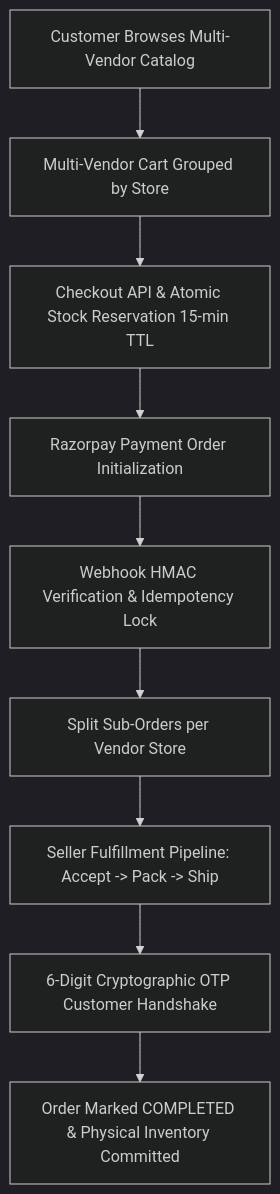
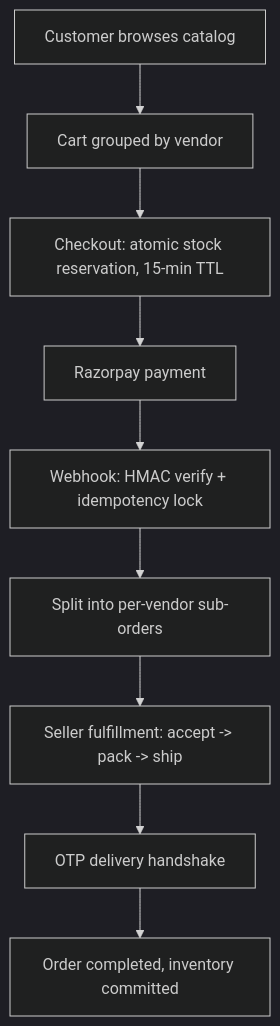
One commit to Omiiii04/IITB-Hackathon changed the diagram in README.md. Above: the diagram before and after it, drawn with Mermaid (dark theme). The commit also changed other lines of this file, not shown here.

````diff
--- a/README.md
+++ b/README.md
@@ -34,11 +41,11 @@
 ```mermaid
 flowchart TD
-    Customer[Customer Browses Multi-Vendor Catalog] --> Cart[Multi-Vendor Cart Grouped by Store]
-    Cart --> Checkout[Checkout API & Atomic Stock Reservation 15-min TTL]
-    Checkout --> Razorpay[Razorpay Payment Order Initialization]
-    Razorpay --> Webhook[Webhook HMAC Verification & Idempotency Lock]
-    Webhook --> SubOrders[Split Sub-Orders per Vendor Store]
-    SubOrders --> Fulfillment[Seller Fulfillment Pipeline: Accept -> Pack -> Ship]
-    Fulfillment --> OTP[6-Digit Cryptographic OTP Customer Handshake]
-    OTP --> Complete[Order Marked COMPLETED & Physical Inventory Committed]
+    A[Customer browses catalog] --> B[Cart grouped by vendor]
+    B --> C[Checkout: atomic stock reservation, 15-min TTL]
+    C --> D[Razorpay payment]
+    D --> E[Webhook: HMAC verify + idempotency lock]
+    E --> F[Split into per-vendor sub-orders]
+    F --> G[Seller fulfillment: accept -> pack -> ship]
+    G --> H[OTP delivery handshake]
+    H --> I[Order completed, inventory committed]
 ```
````
